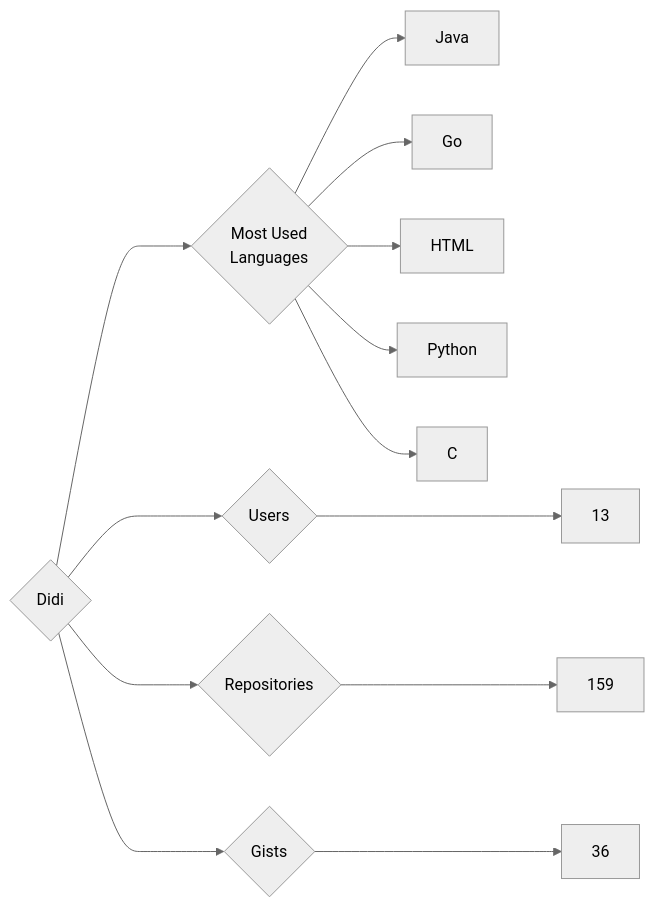
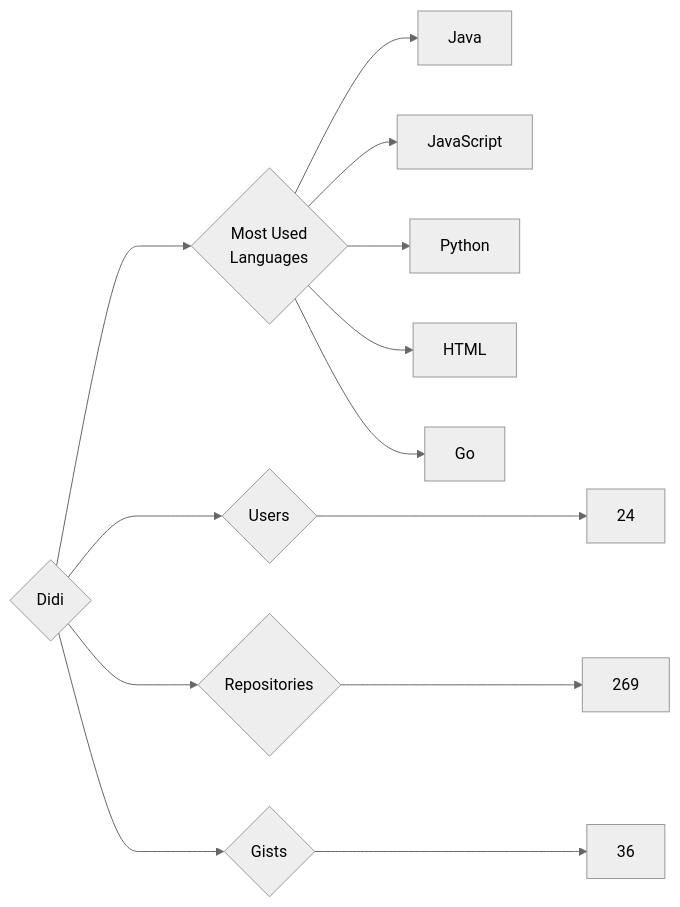
One commit to trickest/insiders changed the diagram in targets/Didi/README.md. Above: the diagram before and after it, drawn with Mermaid (neutral theme). The commit also changed 752 other files, not shown here.

````diff
--- a/targets/Didi/README.md
+++ b/targets/Didi/README.md
@@ -3,13 +3,13 @@
 ```mermaid
 graph LR
 COMPANY_NAME{Didi}
-COMPANY_NAME ---> U{Users} ---> UN[13]
-COMPANY_NAME ---> R{Repositories} ---> RN[159]
+COMPANY_NAME ---> U{Users} ---> UN[24]
+COMPANY_NAME ---> R{Repositories} ---> RN[269]
 COMPANY_NAME ---> G{Gists} ---> GN[36]
 COMPANY_NAME ---> ML{Most Used<br>Languages}
 ML --> Java[Java]
+ML --> JavaScript[JavaScript]
+ML --> Python[Python]
+ML --> HTML[HTML]
 ML --> Go[Go]
-ML --> HTML[HTML]
-ML --> Python[Python]
-ML --> C[C]
 ```
````
